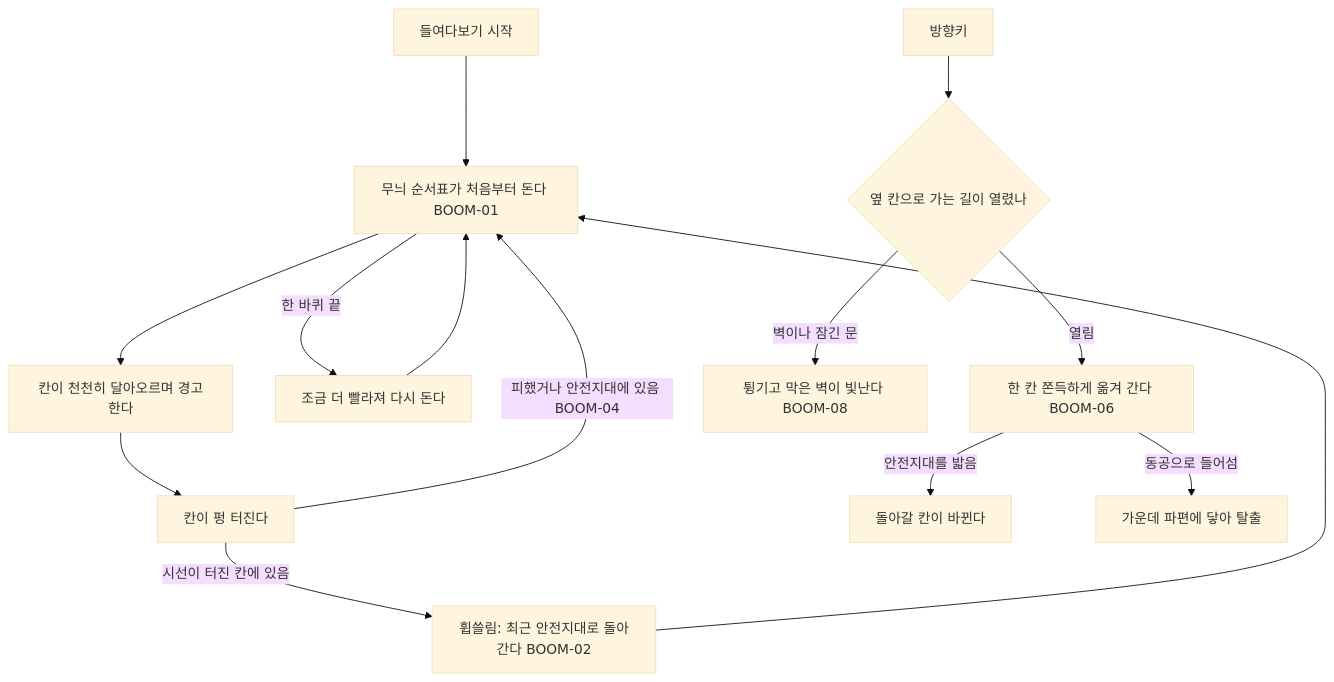
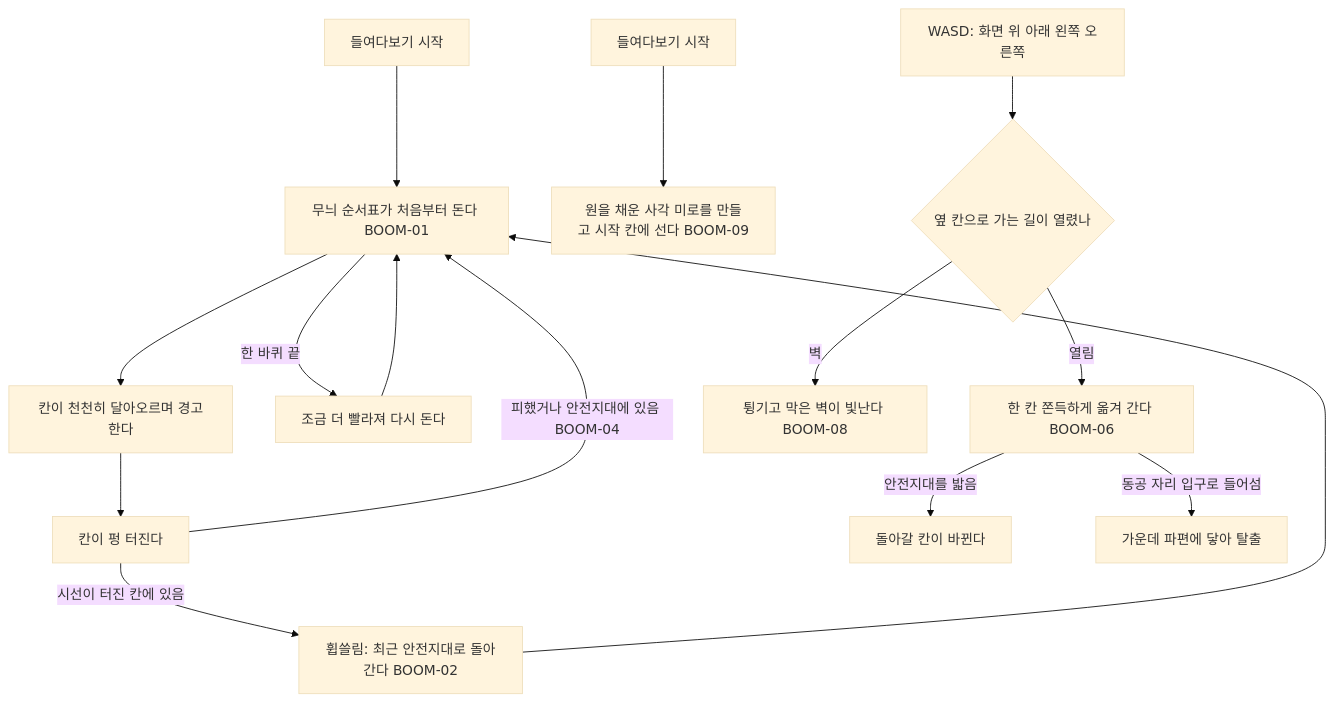
One commit to xpaklove12-lang/Corner1 changed the diagram in docs/specs/maze-boom.md. Above: the diagram before and after it, drawn with Mermaid (base theme). The commit also changed other lines of this file and 8 other files, not shown here.

First line of the commit message:
feat(BOOM-09,BOOM-01,BOOM-02,BOOM-03,BOOM-04,BOOM-06,BOOM-07,BOOM-08): 홍채 원을 채운 사각 칸 폭발 미로와 화면 기준 WASD 이동

````diff
--- a/docs/specs/maze-boom.md
+++ b/docs/specs/maze-boom.md
@@ -9,16 +9,17 @@
 ```mermaid
 flowchart TD
     A[들여다보기 시작] --> B[무늬 순서표가 처음부터 돈다 BOOM-01]
     B --> C[칸이 천천히 달아오르며 경고한다]
     C --> D[칸이 펑 터진다]
     D -->|시선이 터진 칸에 있음| E[휩쓸림: 최근 안전지대로 돌아간다 BOOM-02]
     D -->|피했거나 안전지대에 있음 BOOM-04| B
     E --> B
     B -->|한 바퀴 끝| F[조금 더 빨라져 다시 돈다]
     F --> B
-    M[방향키] --> N{옆 칸으로 가는 길이 열렸나}
+    S[들여다보기 시작] --> T[원을 채운 사각 미로를 만들고 시작 칸에 선다 BOOM-09]
+    M[WASD: 화면 위 아래 왼쪽 오른쪽] --> N{옆 칸으로 가는 길이 열렸나}
     N -->|열림| O[한 칸 쫀득하게 옮겨 간다 BOOM-06]
-    N -->|벽이나 잠긴 문| P[튕기고 막은 벽이 빛난다 BOOM-08]
+    N -->|벽| P[튕기고 막은 벽이 빛난다 BOOM-08]
     O -->|안전지대를 밟음| H[돌아갈 칸이 바뀐다]
-    O -->|동공으로 들어섬| Q[가운데 파편에 닿아 탈출]
+    O -->|동공 자리 입구로 들어섬| Q[가운데 파편에 닿아 탈출]
 ```
````
